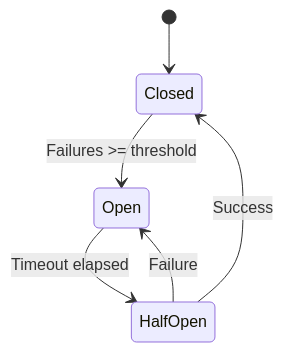
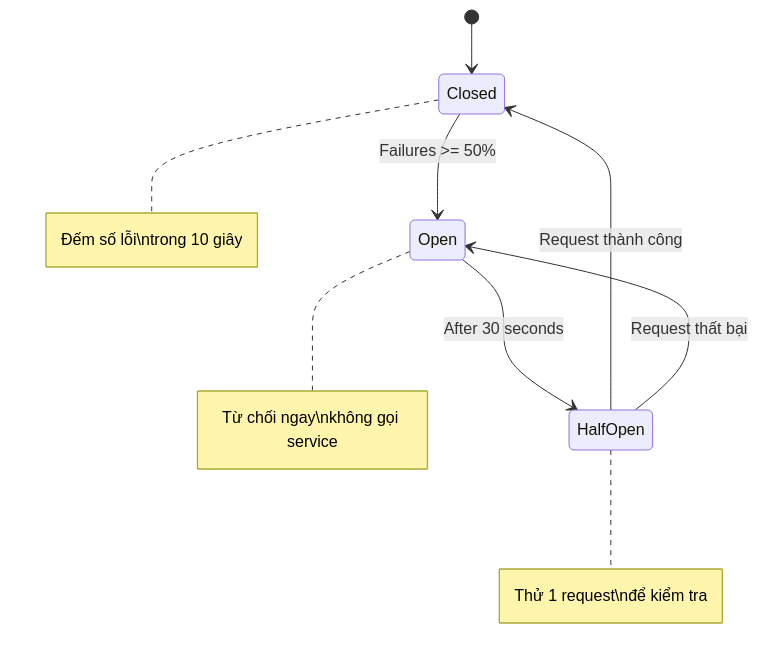
Diagram 15 of 27 in docs/BAO_CAO_KIEN_TRUC_HUONG_DICH_VU.md (doanthetin193/CryptoTradingSOA), drawn with Mermaid before and after one commit. The commit also changed other lines of this file and 1 other file, not shown here.

````diff
--- a/docs/BAO_CAO_KIEN_TRUC_HUONG_DICH_VU.md
+++ b/docs/BAO_CAO_KIEN_TRUC_HUONG_DICH_VU.md
@@ -704,8 +873,12 @@
 ```mermaid
 stateDiagram-v2
     [*] --> Closed
-    Closed --> Open : Failures >= threshold
-    Open --> HalfOpen : Timeout elapsed
-    HalfOpen --> Closed : Success
-    HalfOpen --> Open : Failure
+    Closed --> Open : Failures >= 50%
+    Open --> HalfOpen : After 30 seconds
+    HalfOpen --> Closed : Request thành công
+    HalfOpen --> Open : Request thất bại
+    
+    note right of Closed : Đếm số lỗi\ntrong 10 giây
+    note right of Open : Từ chối ngay\nkhông gọi service
+    note right of HalfOpen : Thử 1 request\nđể kiểm tra
 ```
````
